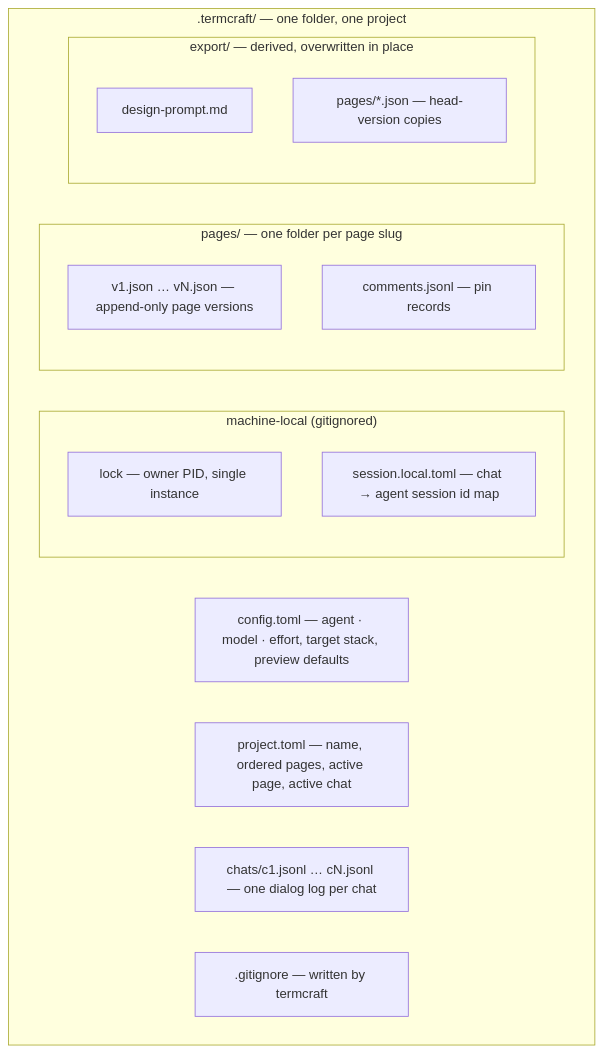
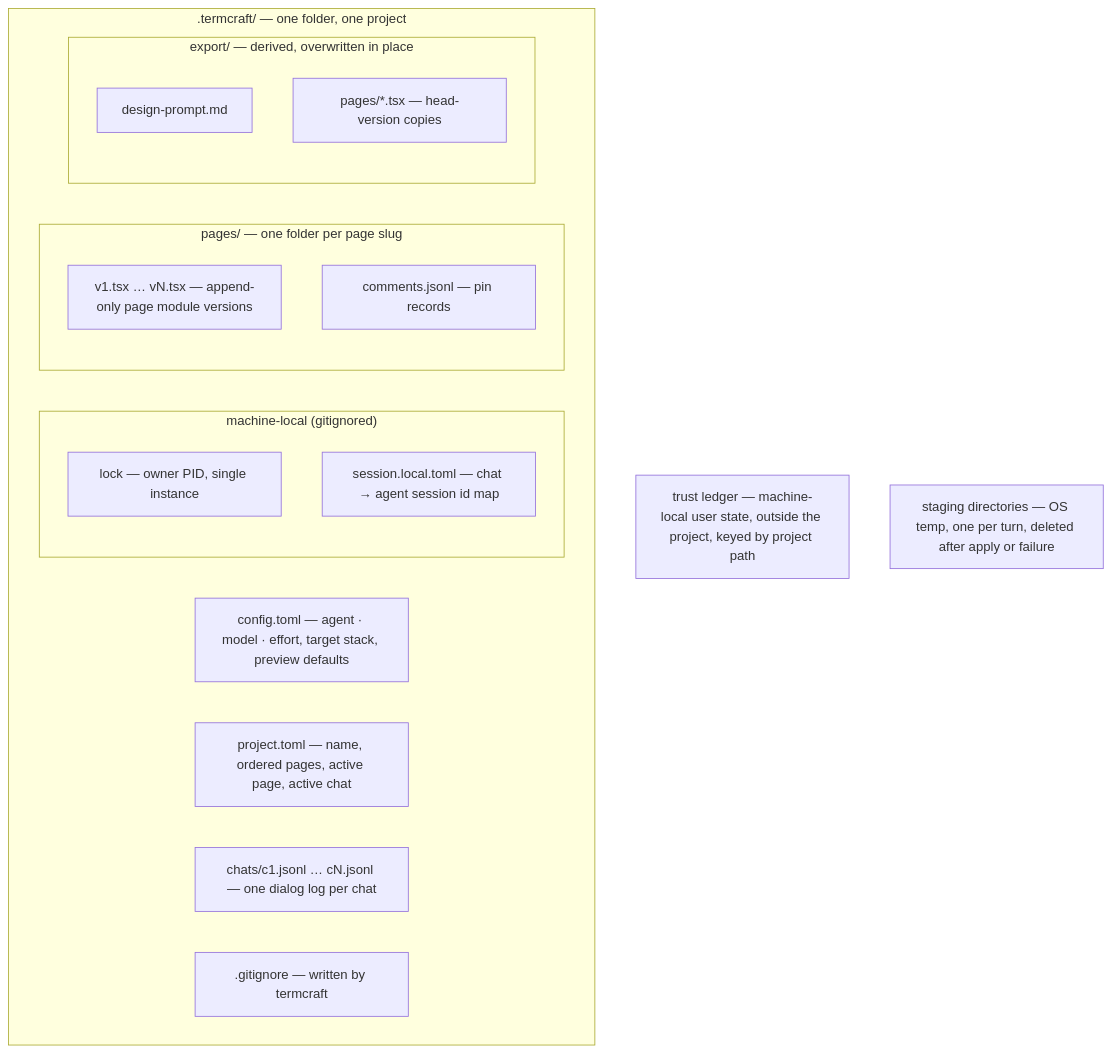
One commit to khmilevoi/termcraft changed the diagram in docs/architecture/storage.md. Above: the diagram before and after it, drawn with Mermaid. The commit also changed other lines of this file and 12 other files, not shown here.

````diff
--- a/docs/architecture/storage.md
+++ b/docs/architecture/storage.md
@@ -3,21 +3,23 @@
 ```mermaid
 flowchart TB
     subgraph tc[".termcraft/ — one folder, one project"]
         cfg["config.toml — agent · model · effort, target stack, preview defaults"]
         proj["project.toml — name, ordered pages, active page, active chat"]
         chats["chats/c1.jsonl … cN.jsonl — one dialog log per chat"]
         gi[".gitignore — written by termcraft"]
         subgraph localonly["machine-local (gitignored)"]
             lock["lock — owner PID, single instance"]
             sess["session.local.toml — chat → agent session id map"]
         end
         subgraph pg["pages/ — one folder per page slug"]
-            vers["v1.json … vN.json — append-only page versions"]
+            vers["v1.tsx … vN.tsx — append-only page module versions"]
             comm["comments.jsonl — pin records"]
         end
         subgraph ex["export/ — derived, overwritten in place"]
             dp["design-prompt.md"]
-            pjson["pages/*.json — head-version copies"]
+            ptsx["pages/*.tsx — head-version copies"]
         end
     end
+    trust["trust ledger — machine-local user state, outside the project, keyed by project path"]
+    scratch["staging directories — OS temp, one per turn, deleted after apply or failure"]
 ```
````
